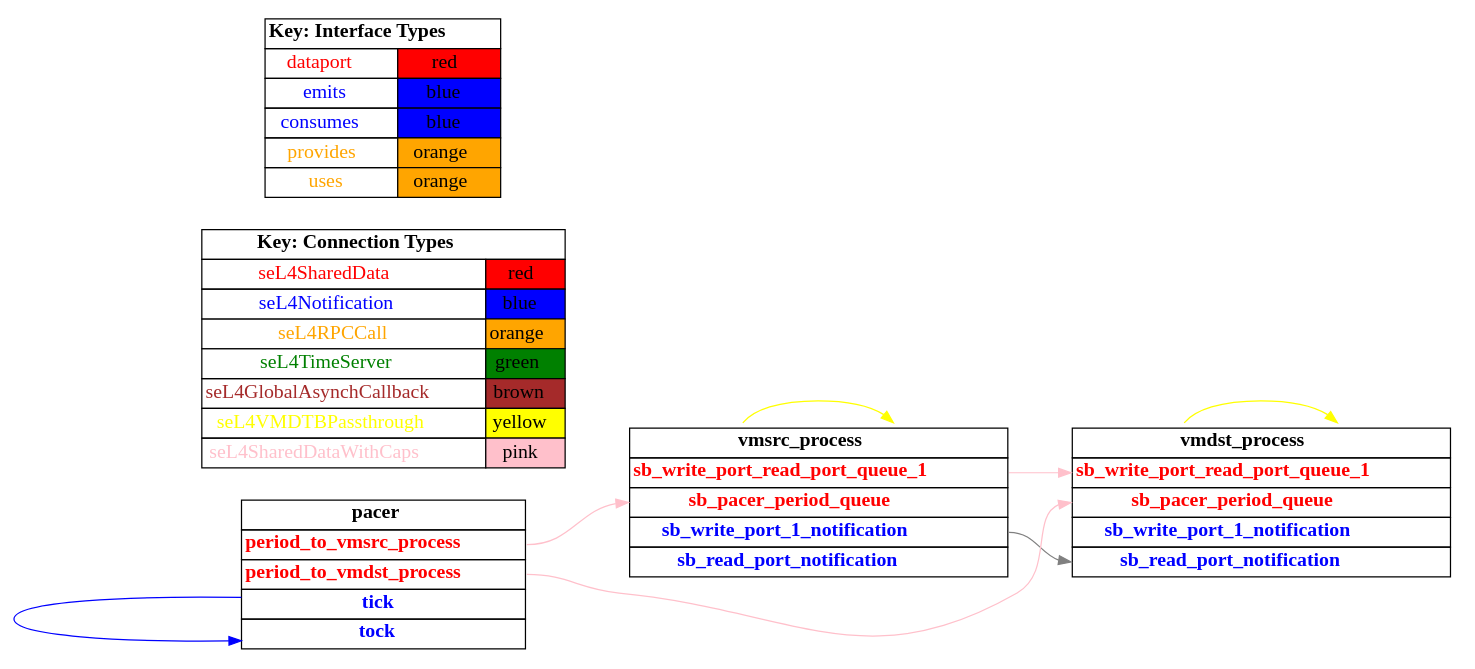
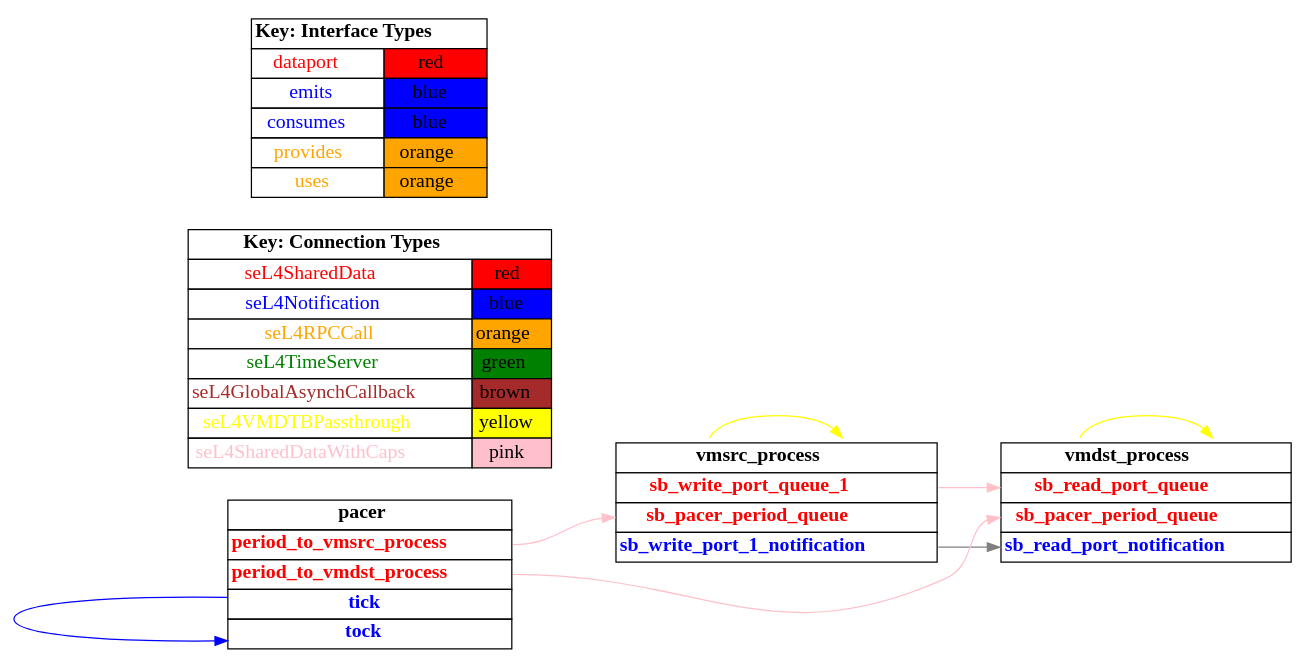
Before and after one commit to loonwerks/CASE: the diagram in TA5/tool-evaluation-4/HAMR/examples/test_event_data_port_periodic_domains_VM/both_vm/CAmkES_seL4_Only/graph_simple.dot, drawn with Graphviz. The commit also changed 101 other files, not shown here.

```diff
--- a/TA5/tool-evaluation-4/HAMR/examples/test_event_data_port_periodic_domains_VM/both_vm/CAmkES_seL4_Only/graph_simple.dot
+++ b/TA5/tool-evaluation-4/HAMR/examples/test_event_data_port_periodic_domains_VM/both_vm/CAmkES_seL4_Only/graph_simple.dot
@@ -1,124 +1,122 @@
 digraph g {
 graph [
   overlap = false,
   rankdir = "LR"
 ];
 node [
   fontsize = "16",
   shape = "ellipse"
 ];
 edge [
 ];
 
 vmsrc_process [
   label=<
     <TABLE BORDER="0" CELLBORDER="1" CELLSPACING="0">
       <TR><TD><B>vmsrc_process</B></TD></TR>
-      <TR><TD PORT="sb_write_port_read_port_queue_1"><FONT COLOR="red"><B>sb_write_port_read_port_queue_1</B></FONT></TD></TR>
+      <TR><TD PORT="sb_write_port_queue_1"><FONT COLOR="red"><B>sb_write_port_queue_1</B></FONT></TD></TR>
       <TR><TD PORT="sb_pacer_period_queue"><FONT COLOR="red"><B>sb_pacer_period_queue</B></FONT></TD></TR>
-      <TR><TD PORT="sb_write_port_1_notification"><FONT COLOR="blue"><B>sb_write_port_1_notification</B></FONT></TD></TR>
-      <TR><TD PORT="sb_read_port_notification"><FONT COLOR="blue"><B>sb_read_port_notification</B></FONT></TD></TR>"
+      <TR><TD PORT="sb_write_port_1_notification"><FONT COLOR="blue"><B>sb_write_port_1_notification</B></FONT></TD></TR>"
     </TABLE>
   >
   shape=plaintext
 ];
 
 vmdst_process [
   label=<
     <TABLE BORDER="0" CELLBORDER="1" CELLSPACING="0">
       <TR><TD><B>vmdst_process</B></TD></TR>
-      <TR><TD PORT="sb_write_port_read_port_queue_1"><FONT COLOR="red"><B>sb_write_port_read_port_queue_1</B></FONT></TD></TR>
+      <TR><TD PORT="sb_read_port_queue"><FONT COLOR="red"><B>sb_read_port_queue</B></FONT></TD></TR>
       <TR><TD PORT="sb_pacer_period_queue"><FONT COLOR="red"><B>sb_pacer_period_queue</B></FONT></TD></TR>
-      <TR><TD PORT="sb_write_port_1_notification"><FONT COLOR="blue"><B>sb_write_port_1_notification</B></FONT></TD></TR>
       <TR><TD PORT="sb_read_port_notification"><FONT COLOR="blue"><B>sb_read_port_notification</B></FONT></TD></TR>"
     </TABLE>
   >
   shape=plaintext
 ];
 
 pacer [
   label=<
     <TABLE BORDER="0" CELLBORDER="1" CELLSPACING="0">
       <TR><TD><B>pacer</B></TD></TR>
       <TR><TD PORT="period_to_vmsrc_process"><FONT COLOR="red"><B>period_to_vmsrc_process</B></FONT></TD></TR>
       <TR><TD PORT="period_to_vmdst_process"><FONT COLOR="red"><B>period_to_vmdst_process</B></FONT></TD></TR>
       <TR><TD PORT="tick"><FONT COLOR="blue"><B>tick</B></FONT></TD></TR>
       <TR><TD PORT="tock"><FONT COLOR="blue"><B>tock</B></FONT></TD></TR>"
     </TABLE>
   >
   shape=plaintext
 ];
 
 connectiontypekey [
   label=<
    <TABLE BORDER="0" CELLBORDER="1" CELLSPACING="0">
      <TR><TD COLSPAN="2"><B>Key: Connection Types</B></TD></TR>
      <TR><TD><FONT COLOR="red">seL4SharedData</FONT></TD><TD BGCOLOR="red">red</TD></TR>
      <TR><TD><FONT COLOR="blue">seL4Notification</FONT></TD><TD BGCOLOR="blue">blue</TD></TR>
      <TR><TD><FONT COLOR="orange">seL4RPCCall</FONT></TD><TD BGCOLOR="orange">orange</TD></TR>
      <TR><TD><FONT COLOR="green">seL4TimeServer</FONT></TD><TD BGCOLOR="green">green</TD></TR>
      <TR><TD><FONT COLOR="brown">seL4GlobalAsynchCallback</FONT></TD><TD BGCOLOR="brown">brown</TD></TR>
      <TR><TD><FONT COLOR="yellow">seL4VMDTBPassthrough</FONT></TD><TD BGCOLOR="yellow">yellow</TD></TR>
      <TR><TD><FONT COLOR="pink">seL4SharedDataWithCaps</FONT></TD><TD BGCOLOR="pink">pink</TD></TR>
    </TABLE>
   >
   shape=plaintext
 ];
 
 interfacetypekey [
   label=<
    <TABLE BORDER="0" CELLBORDER="1" CELLSPACING="0">
      <TR><TD COLSPAN="2"><B>Key: Interface Types</B></TD></TR>
      <TR><TD><FONT COLOR="red">dataport</FONT></TD><TD BGCOLOR="red">red</TD></TR>
      <TR><TD><FONT COLOR="blue">emits</FONT></TD><TD BGCOLOR="blue">blue</TD></TR>
      <TR><TD><FONT COLOR="blue">consumes</FONT></TD><TD BGCOLOR="blue">blue</TD></TR>
      <TR><TD><FONT COLOR="orange">provides</FONT></TD><TD BGCOLOR="orange">orange</TD></TR>
      <TR><TD><FONT COLOR="orange">uses</FONT></TD><TD BGCOLOR="orange">orange</TD></TR>
    </TABLE>
   >
   shape=plaintext
 ];
 
 "vmsrc_process":dtb_self -> "vmsrc_process":dtb [
   color="yellow"
   //label = "seL4VMDTBPassthrough"
   id = conn1
 ];
 
 "vmdst_process":dtb_self -> "vmdst_process":dtb [
   color="yellow"
   //label = "seL4VMDTBPassthrough"
   id = conn2
 ];
 
 "vmsrc_process":sb_write_port_1_notification -> "vmdst_process":sb_read_port_notification [
   color="grey"
   //label = "seL4GlobalAsynch"
   id = conn3
 ];
 
-"vmsrc_process":sb_write_port_read_port_queue_1 -> "vmdst_process":sb_write_port_read_port_queue_1 [
+"vmsrc_process":sb_write_port_queue_1 -> "vmdst_process":sb_read_port_queue [
   color="pink"
   //label = "seL4SharedDataWithCaps"
   id = conn4
 ];
 
 "pacer":tick -> "pacer":tock [
   color="blue"
   //label = "seL4Notification"
   id = conn5
 ];
 
 "pacer":period_to_vmsrc_process -> "vmsrc_process":sb_pacer_period_queue [
   color="pink"
   //label = "seL4SharedDataWithCaps"
   id = conn6
 ];
 
 "pacer":period_to_vmdst_process -> "vmdst_process":sb_pacer_period_queue [
   color="pink"
   //label = "seL4SharedDataWithCaps"
   id = conn7
 ];
 
 }
```
